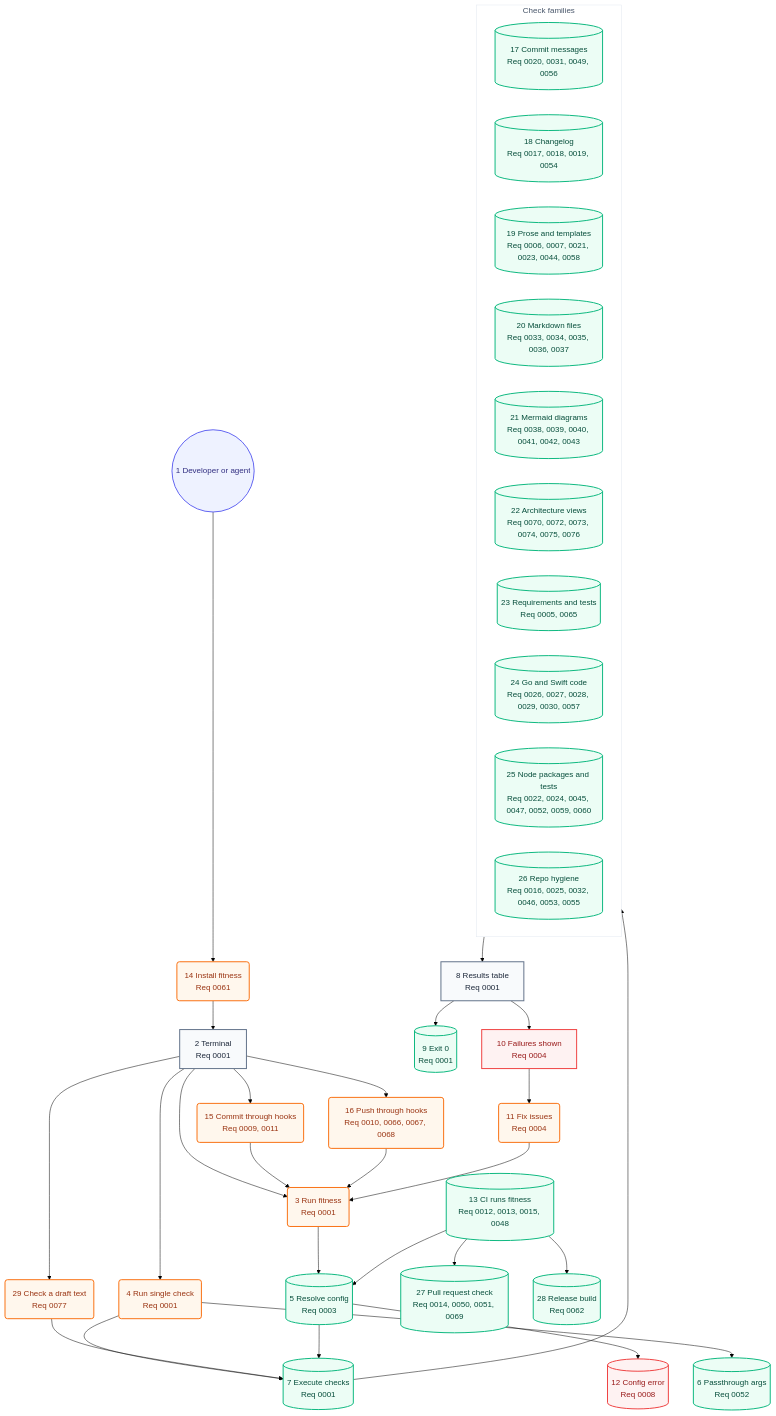
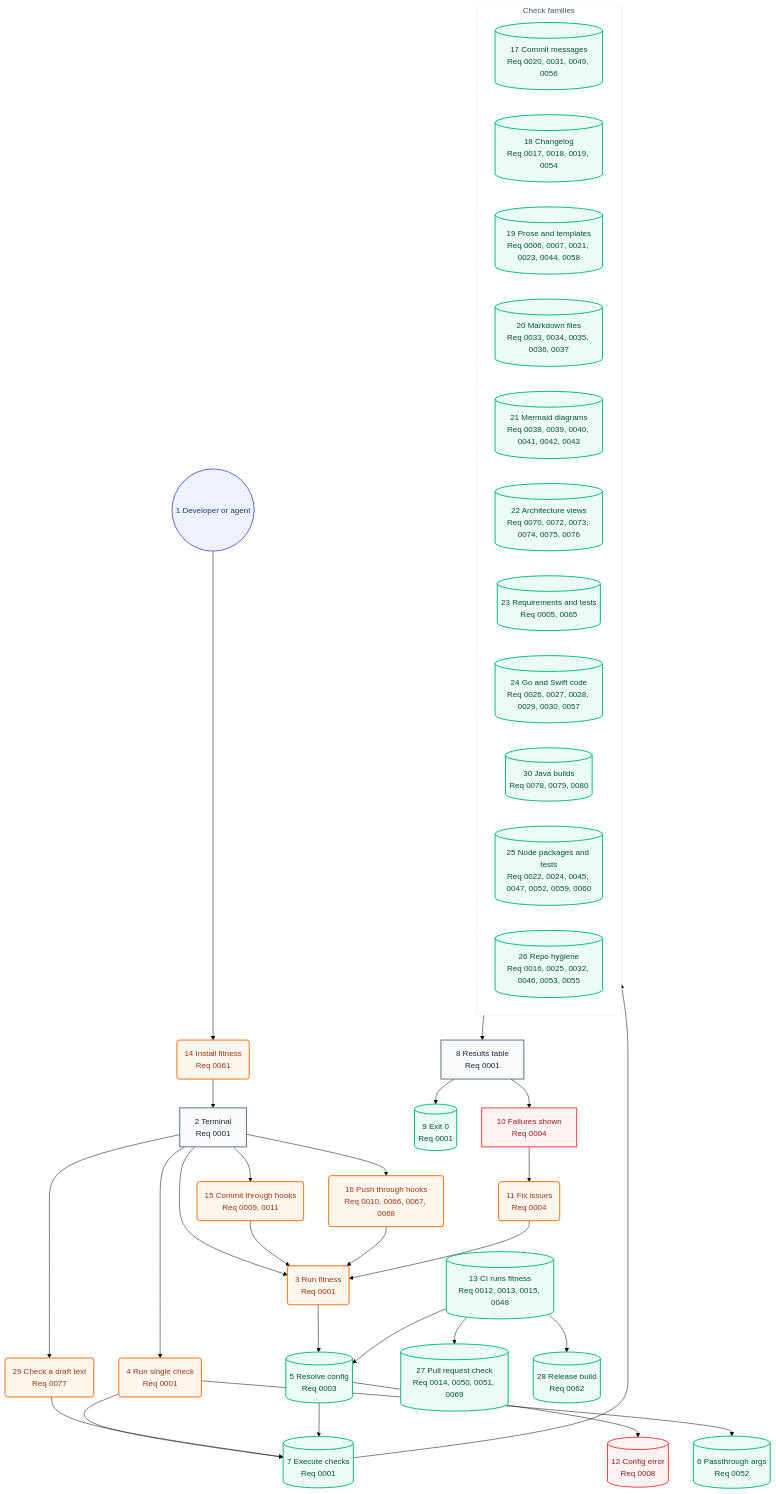
One commit to may-journal/fitness-runner changed the second of 2 diagrams in docs/architecture/05-user-journey.md. Above: the diagram before and after it, drawn with Mermaid (forest theme). The commit also changed other lines of this file and 18 other files, not shown here.

First line of the commit message:
test(java): prove the Java checks through real runs

````diff
--- a/docs/architecture/05-user-journey.md
+++ b/docs/architecture/05-user-journey.md
@@ -40,69 +40,70 @@
 ```mermaid
 flowchart TB
     dev((1 Developer or agent)):::persona
     install(14 Install fitness<br/>Req 0061):::action
     terminal[2 Terminal<br/>Req 0001]:::screen
     runFull(3 Run fitness<br/>Req 0001):::action
     runSingle(4 Run single check<br/>Req 0001):::action
     runBlob(29 Check a draft text<br/>Req 0077):::action
     commitHook(15 Commit through hooks<br/>Req 0009, 0011):::action
     pushHook(16 Push through hooks<br/>Req 0010, 0066, 0067, 0068):::action
     resolveConfig[(5 Resolve config<br/>Req 0003)]:::system
     passArgs[(6 Passthrough args<br/>Req 0052)]:::system
     executeChecks[(7 Execute checks<br/>Req 0001)]:::system
 
     subgraph checks["Check families"]
         commitChecks[(17 Commit messages<br/>Req 0020, 0031, 0049, 0056)]:::system
         changelogChecks[(18 Changelog<br/>Req 0017, 0018, 0019, 0054)]:::system
         proseChecks[(19 Prose and templates<br/>Req 0006, 0007, 0021, 0023, 0044, 0058)]:::system
         markdownChecks[(20 Markdown files<br/>Req 0033, 0034, 0035, 0036, 0037)]:::system
         mermaidChecks[(21 Mermaid diagrams<br/>Req 0038, 0039, 0040, 0041, 0042, 0043)]:::system
         architectureChecks[(22 Architecture views<br/>Req 0070, 0072, 0073, 0074, 0075, 0076)]:::system
         requirementChecks[(23 Requirements and tests<br/>Req 0005, 0065)]:::system
         goSwiftChecks[(24 Go and Swift code<br/>Req 0026, 0027, 0028, 0029, 0030, 0057)]:::system
+        javaChecks[(30 Java builds<br/>Req 0078, 0079, 0080)]:::system
         nodeChecks[(25 Node packages and tests<br/>Req 0022, 0024, 0045, 0047, 0052, 0059, 0060)]:::system
         repoChecks[(26 Repo hygiene<br/>Req 0016, 0025, 0032, 0046, 0053, 0055)]:::system
     end
 
     resultsTable[8 Results table<br/>Req 0001]:::screen
     exitZero[(9 Exit 0<br/>Req 0001)]:::system
     failuresShown[10 Failures shown<br/>Req 0004]:::blocked
     fixIssues(11 Fix issues<br/>Req 0004):::action
     configError[(12 Config error<br/>Req 0008)]:::blocked
     ciRun[(13 CI runs fitness<br/>Req 0012, 0013, 0015, 0048)]:::system
     prCheck[(27 Pull request check<br/>Req 0014, 0050, 0051, 0069)]:::system
     release[(28 Release build<br/>Req 0062)]:::system
 
     dev --> install
     install --> terminal
     terminal --> runFull
     terminal --> runSingle
     terminal --> commitHook
     terminal --> pushHook
     terminal --> runBlob
     commitHook --> runFull
     pushHook --> runFull
     runFull --> resolveConfig
     runSingle --> executeChecks
     runSingle --> passArgs
     runBlob --> executeChecks
     resolveConfig --> executeChecks
     resolveConfig --> configError
     executeChecks --> checks
     checks --> resultsTable
     resultsTable --> exitZero
     resultsTable --> failuresShown
     failuresShown --> fixIssues
     fixIssues --> runFull
     ciRun --> resolveConfig
     ciRun --> prCheck
     ciRun --> release
 
     classDef persona fill:#eef2ff,stroke:#6366f1,color:#312e81,stroke-width:2px
     classDef screen fill:#f8fafc,stroke:#64748b,color:#1e293b,stroke-width:2px
     classDef action fill:#fff7ed,stroke:#f97316,color:#9a3412,stroke-width:2px
     classDef system fill:#ecfdf5,stroke:#10b981,color:#064e3b,stroke-width:2px
     classDef blocked fill:#fef2f2,stroke:#ef4444,color:#991b1b,stroke-width:2px
 
     style checks fill:#ffffff,stroke:#e2e8f0,color:#475569,stroke-width:1px
 ```
````
